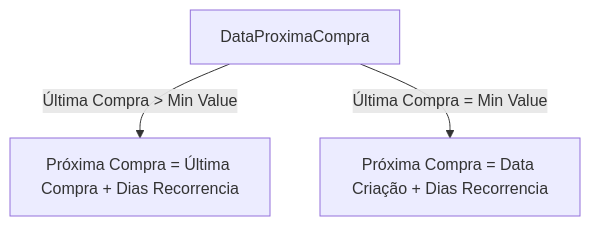
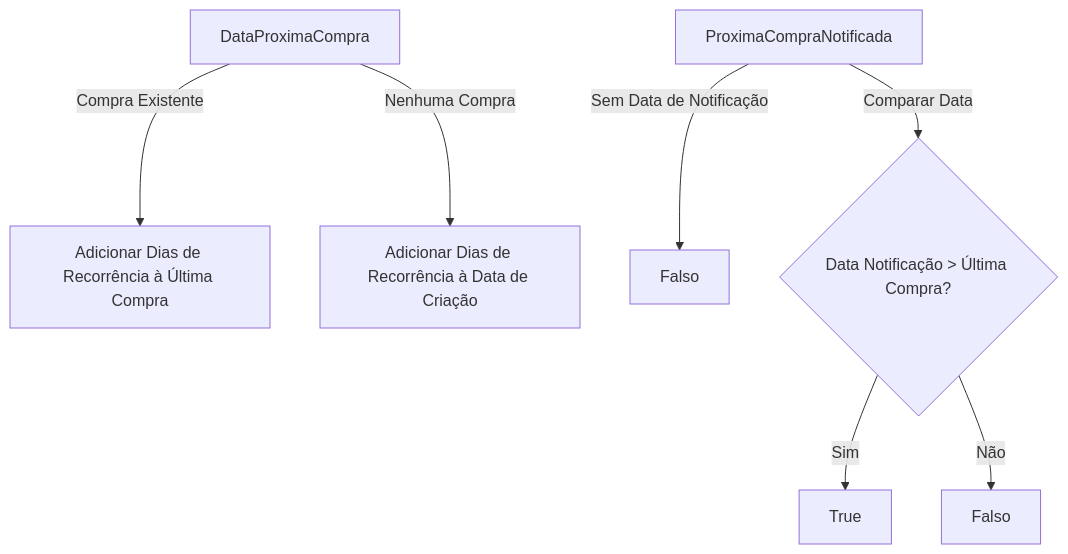
One commit to IsthmusSistemas/documentacao-tecnica changed the first of 2 diagrams in docs/b2b-dominio/IsthmusWinthor.Nucleo/IsthmusWinthor.Dominio/Entidades/CompraRecorrente.md. Above: the diagram before and after it, drawn with Mermaid. The commit also changed other lines of this file and 882 other files, not shown here.

````diff
--- a/docs/b2b-dominio/IsthmusWinthor.Nucleo/IsthmusWinthor.Dominio/Entidades/CompraRecorrente.md
+++ b/docs/b2b-dominio/IsthmusWinthor.Nucleo/IsthmusWinthor.Dominio/Entidades/CompraRecorrente.md
@@ -35,5 +26,10 @@
 ```mermaid
 flowchart TD
-    A[DataProximaCompra] -->|Última Compra > Min Value| B[Próxima Compra = Última Compra + Dias Recorrencia]
-    A -->|Última Compra = Min Value| C[Próxima Compra = Data Criação + Dias Recorrencia]
+    A[DataProximaCompra] -->|Compra Existente| B[Adicionar Dias de Recorrência à Última Compra]
+    A -->|Nenhuma Compra| C[Adicionar Dias de Recorrência à Data de Criação]
+    
+    D[ProximaCompraNotificada] -->|Sem Data de Notificação| E[Falso]
+    D -->|Comparar Data| F{Data Notificação > Última Compra?}
+    F -->|Sim| G[True]
+    F -->|Não| H[Falso]
 ```
````
